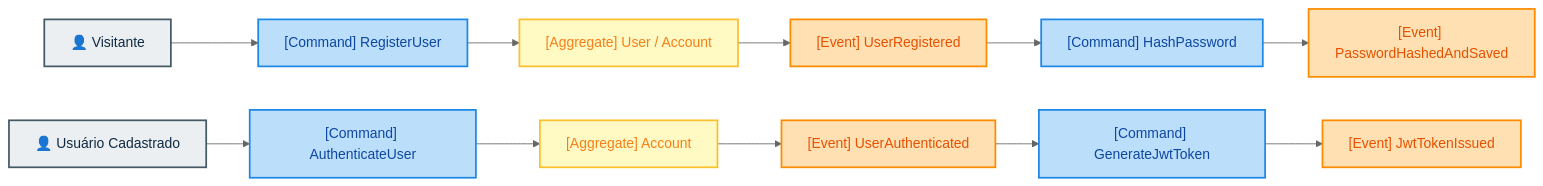
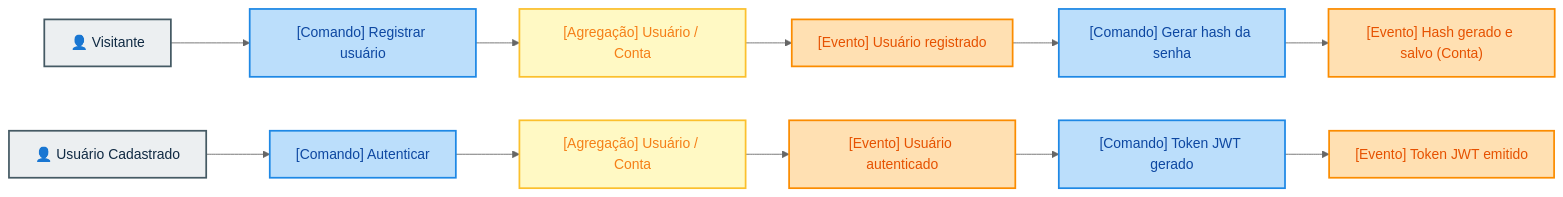
The first of 3 diagrams in fase-01/____docs/00-modelagem-ddd-event-storming.md (idgrego/fiap-cloud-games), drawn with Mermaid (neutral theme) before and after one commit. The commit also changed other lines of this file and 7 other files, not shown here.

````diff
--- a/fase-01/____docs/00-modelagem-ddd-event-storming.md
+++ b/fase-01/____docs/00-modelagem-ddd-event-storming.md
@@ -36,26 +36,26 @@
 ```mermaid
 flowchart LR
     %% Definição de Cores do Event Storming
     classDef actor fill:#eceff1,stroke:#455a64,color:#102a43,stroke-width:2px;
     classDef command fill:#bbdefb,stroke:#1e88e5,color:#0d47a1,stroke-width:2px;
     classDef aggregate fill:#fff9c4,stroke:#fbc02d,color:#f57f17,stroke-width:2px;
     classDef event fill:#ffe0b2,stroke:#fb8c00,color:#e65100,stroke-width:2px;
 
     %% Atores
     Visitor[👤 Visitante]:::actor
     UserSystem[👤 Usuário Cadastrado]:::actor
 
     %% Sub-fluxo 1: Registro
-    Visitor --> C_Register["[Command] RegisterUser"]:::command
-    C_Register --> A_User["[Aggregate] User / Account"]:::aggregate
-    A_User --> E_UserCreated["[Event] UserRegistered"]:::event
-    E_UserCreated --> C_Hash["[Command] HashPassword"]:::command
-    C_Hash --> E_PasswordHashed["[Event] PasswordHashedAndSaved"]:::event
+    Visitor --> C_Register["[Comando] Registrar usuário"]:::command
+    C_Register --> A_User["[Agregação] Usuário / Conta"]:::aggregate
+    A_User --> E_UserCreated["[Evento] Usuário registrado"]:::event
+    E_UserCreated --> C_Hash["[Comando] Gerar hash da senha"]:::command
+    C_Hash --> E_PasswordHashed["[Evento] Hash gerado e salvo (Conta)"]:::event
 
     %% Sub-fluxo 2: Login e Autenticação
-    UserSystem --> C_Login["[Command] AuthenticateUser"]:::command
-    C_Login --> A_Account["[Aggregate] Account"]:::aggregate
-    A_Account --> E_Auth["[Event] UserAuthenticated"]:::event
-    E_Auth --> C_Jwt["[Command] GenerateJwtToken"]:::command
-    C_Jwt --> E_TokenIssued["[Event] JwtTokenIssued"]:::event
+    UserSystem --> C_Login["[Comando] Autenticar"]:::command
+    C_Login --> A_Account["[Agregação] Usuário / Conta"]:::aggregate
+    A_Account --> E_Auth["[Evento] Usuário autenticado"]:::event
+    E_Auth --> C_Jwt["[Comando] Token JWT gerado"]:::command
+    C_Jwt --> E_TokenIssued["[Evento] Token JWT emitido"]:::event
 ```
````
